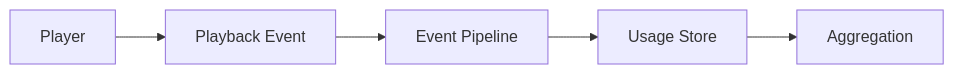
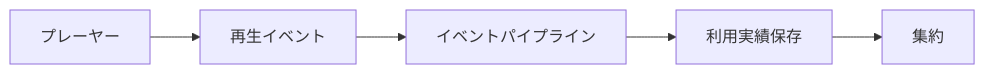
The sixth of 43 diagrams in docs/whitepaper/09-technology.md (ShigeichiroYamasaki/creator-first-platform), drawn with Mermaid before and after one commit. The commit also changed other lines of this file and 72 other files, not shown here.

````diff
--- a/docs/whitepaper/09-technology.md
+++ b/docs/whitepaper/09-technology.md
@@ -257,10 +257,10 @@
 ```mermaid
 flowchart LR
-    PLAYER[Player]
-    EVENT[Playback Event]
-    PIPE[Event Pipeline]
-    STORE[Usage Store]
-    AGG[Aggregation]
+    PLAYER[プレーヤー]
+    EVENT[再生イベント]
+    PIPE[イベントパイプライン]
+    STORE[利用実績保存]
+    AGG[集約]
 
     PLAYER --> EVENT --> PIPE --> STORE --> AGG
 ```
````
